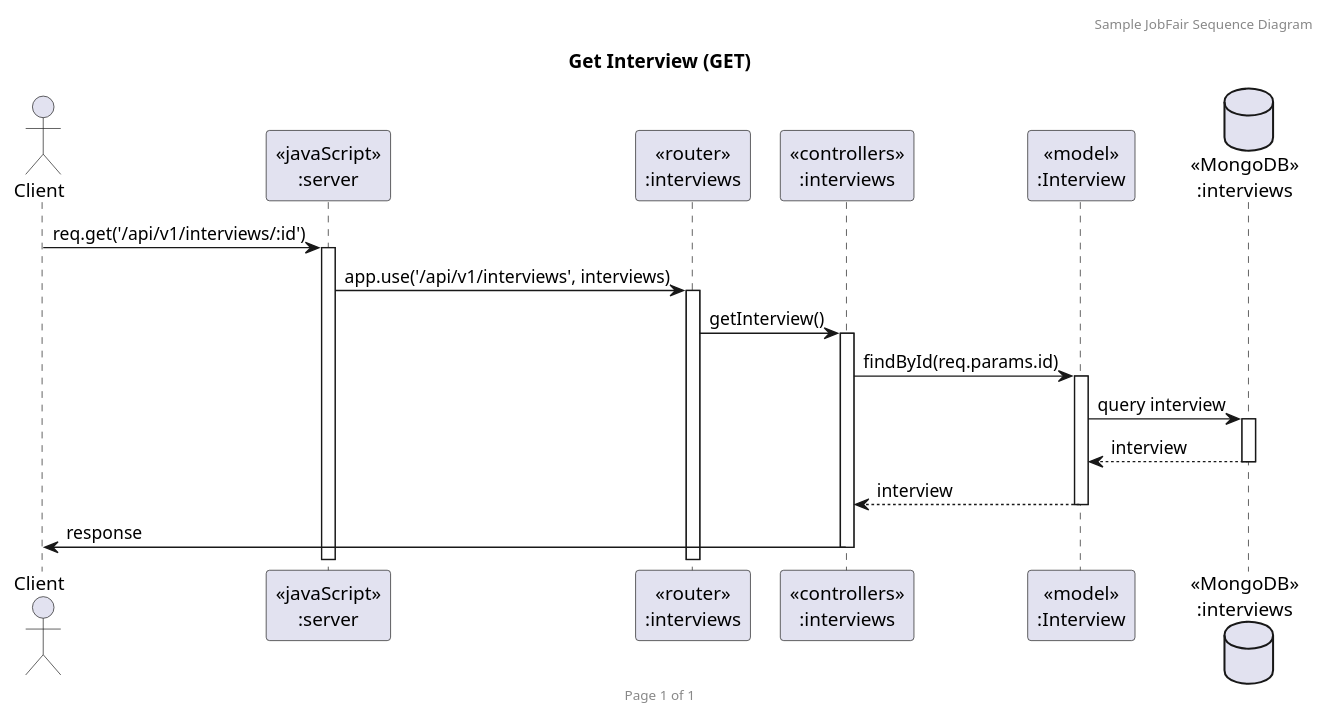
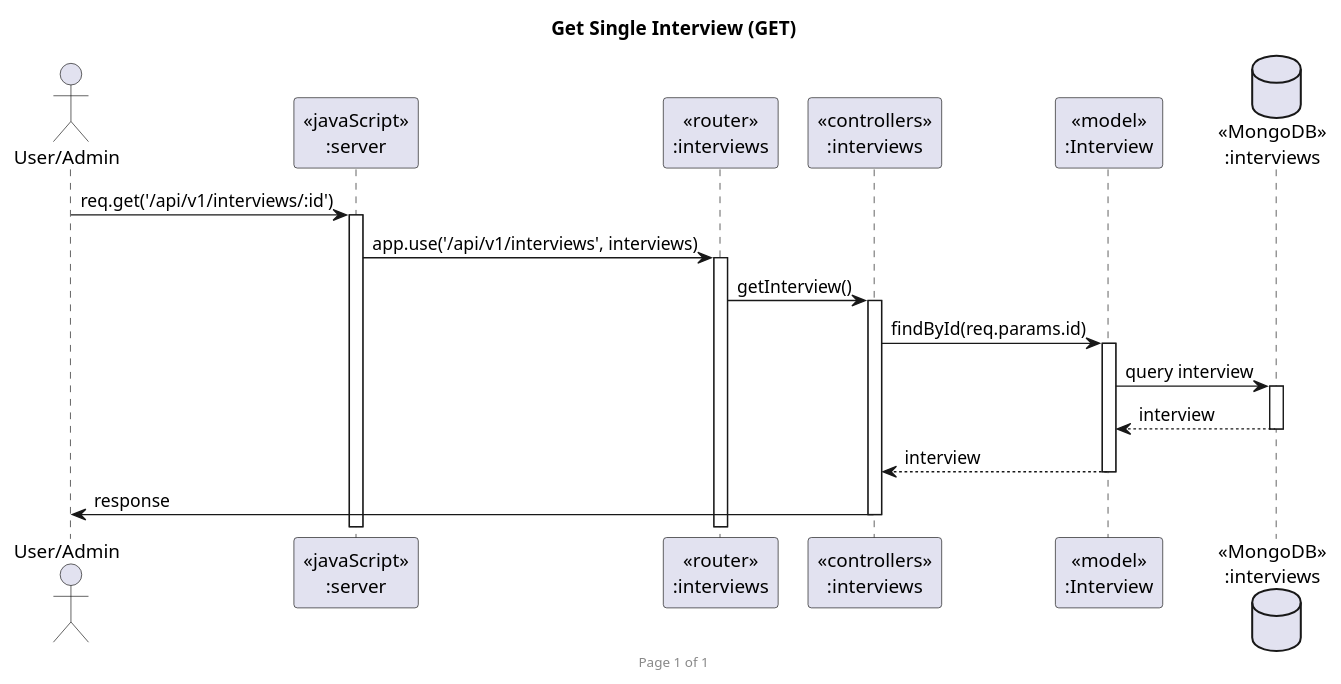
Before and after one commit to 2110503-CEDT68/be-project-68-vacq: diagram 12 of 15 in uml/sequence-diagram.puml, drawn with PlantUML. The commit also changed other lines of this file and 27 other files, not shown here.

Commit message:
Edit sequence diagram

```diff
--- a/uml/sequence-diagram.puml
+++ b/uml/sequence-diagram.puml
@@ -283,23 +248,22 @@
-@startuml Get Interview (GET)
+@startuml Get Single Interview (GET)
 
-header Sample JobFair Sequence Diagram
 footer Page %page% of %lastpage%
-title "Get Interview (GET)"
+title "Get Single Interview (GET)"
 
-actor "Client" as client
+actor "User/Admin" as client
 participant "<<javaScript>>\n:server" as server
 participant "<<router>>\n:interviews" as routerInterviews
 participant "<<controllers>>\n:interviews" as controllersInterviews
 participant "<<model>>\n:Interview" as modelInterview
 database "<<MongoDB>>\n:interviews" as InterviewsDatabase
 
 client->server ++: req.get('/api/v1/interviews/:id')
 server->routerInterviews ++: app.use('/api/v1/interviews', interviews)
 routerInterviews -> controllersInterviews ++: getInterview()
 controllersInterviews->modelInterview ++: findById(req.params.id)
 modelInterview ->InterviewsDatabase ++: query interview
 InterviewsDatabase --> modelInterview --: interview
 controllersInterviews <-- modelInterview --: interview
 controllersInterviews->client --: response
 
 @enduml
```
